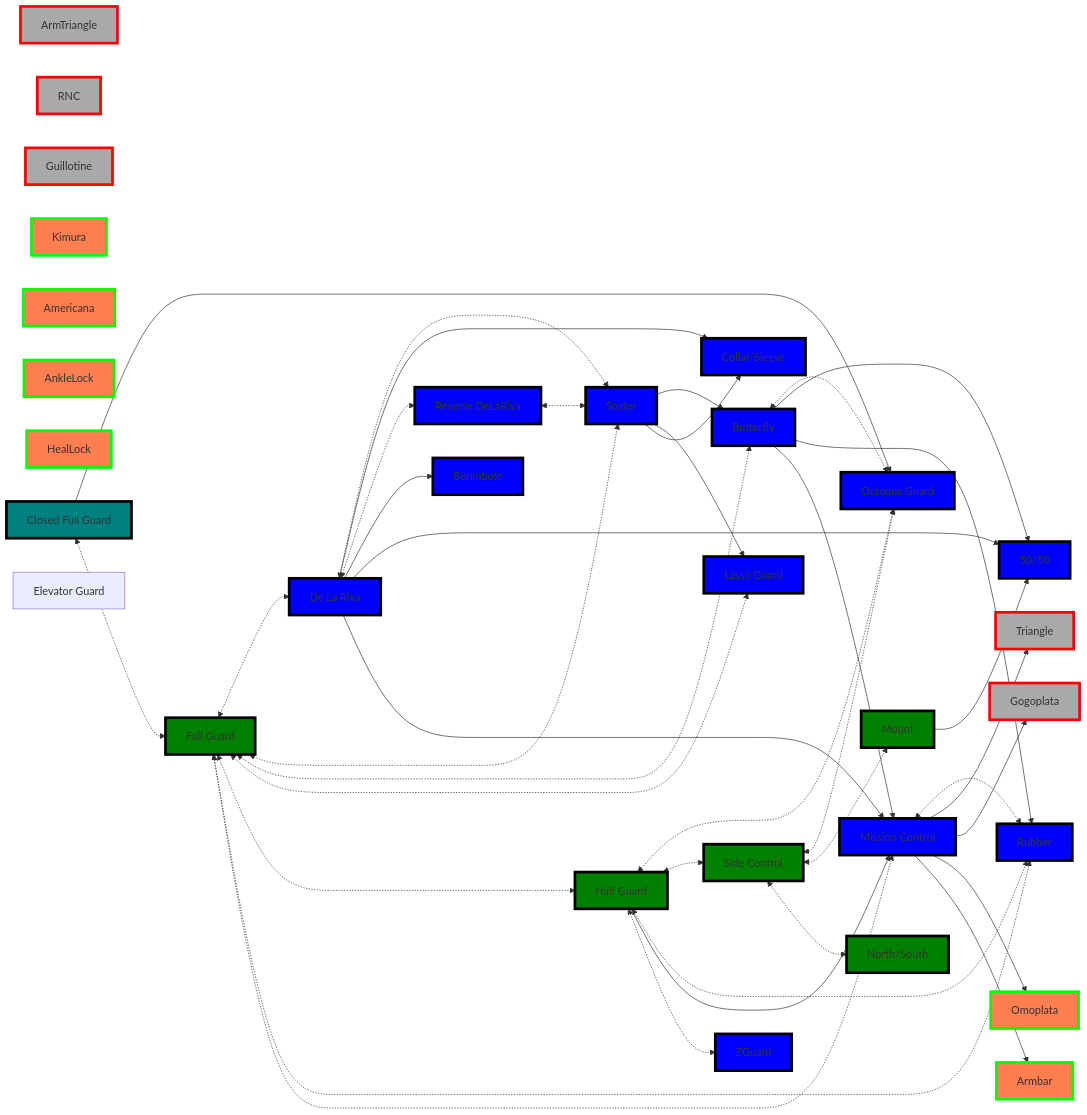
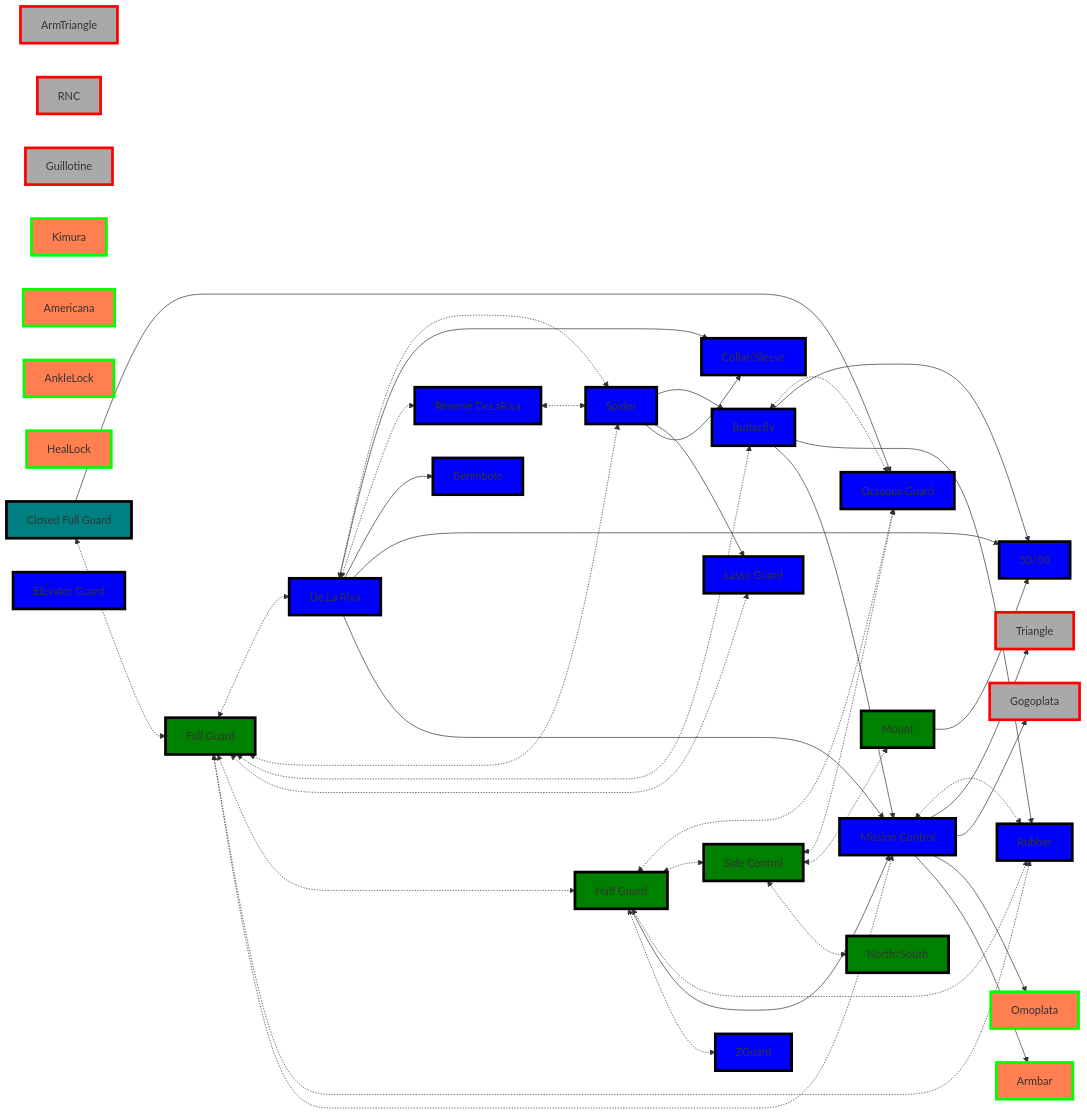
The second of 4 diagrams in _Fitness/MMA/Real World BJJ Flows.md (jacgit18/DevHiveMind), drawn with Mermaid before and after one commit. The commit also changed other lines of this file, not shown here.

Commit message:
M "_Fitness/MMA/Real World BJJ Flows.md"

```diff
--- a/_Fitness/MMA/Real World BJJ Flows.md
+++ b/_Fitness/MMA/Real World BJJ Flows.md
@@ -233,6 +235,8 @@
 	R --> 3 
 	R --> 4 
 
+style ElevatorGuard fill:blue,stroke:black,stroke-width:4px,shadow:shadow
+
 style Closed fill:teal,stroke:black,stroke-width:4px,shadow:shadow
 
 style OctopusGuard fill:blue,stroke:black,stroke-width:4px,shadow:shadow
```
